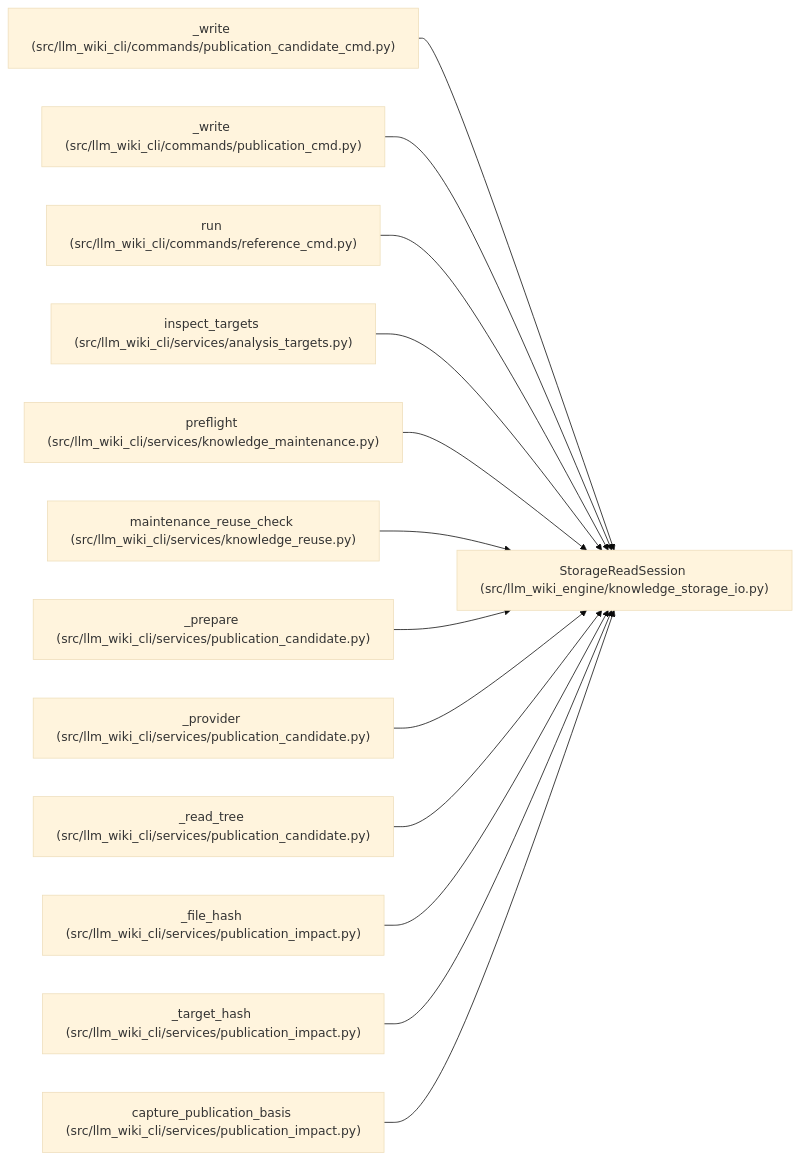
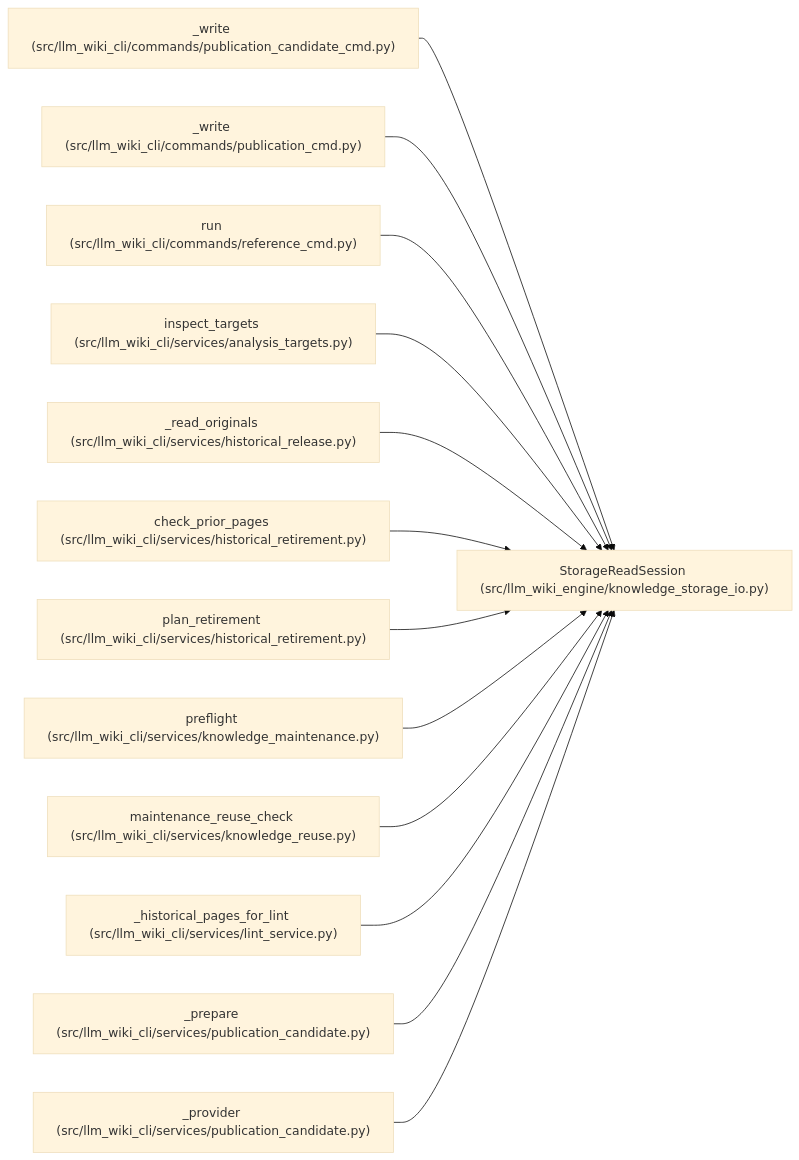
The diagram in docs/llm_wiki/entities/StorageReadSession.md (Denissvgn/python-wiki-llm), drawn with Mermaid (base theme) before and after one commit. The commit also changed other lines of this file and 699 other files, not shown here.

````diff
--- a/docs/llm_wiki/entities/StorageReadSession.md
+++ b/docs/llm_wiki/entities/StorageReadSession.md
@@ -34,41 +34,41 @@
 ```mermaid
 flowchart LR
     n0["StorageReadSession (src/llm_wiki_engine/knowledge_storage_io.py)"]
     n1["_write (src/llm_wiki_cli/commands/publication_candidate_cmd.py)"]
     n2["_write (src/llm_wiki_cli/commands/publication_cmd.py)"]
     n3["run (src/llm_wiki_cli/commands/reference_cmd.py)"]
     n4["inspect_targets (src/llm_wiki_cli/services/analysis_targets.py)"]
-    n5["preflight (src/llm_wiki_cli/services/knowledge_maintenance.py)"]
-    n6["maintenance_reuse_check (src/llm_wiki_cli/services/knowledge_reuse.py)"]
-    n7["_prepare (src/llm_wiki_cli/services/publication_candidate.py)"]
-    n8["_provider (src/llm_wiki_cli/services/publication_candidate.py)"]
-    n9["_read_tree (src/llm_wiki_cli/services/publication_candidate.py)"]
-    n10["_file_hash (src/llm_wiki_cli/services/publication_impact.py)"]
-    n11["_target_hash (src/llm_wiki_cli/services/publication_impact.py)"]
-    n12["capture_publication_basis (src/llm_wiki_cli/services/publication_impact.py)"]
+    n5["_read_originals (src/llm_wiki_cli/services/historical_release.py)"]
+    n6["check_prior_pages (src/llm_wiki_cli/services/historical_retirement.py)"]
+    n7["plan_retirement (src/llm_wiki_cli/services/historical_retirement.py)"]
+    n8["preflight (src/llm_wiki_cli/services/knowledge_maintenance.py)"]
+    n9["maintenance_reuse_check (src/llm_wiki_cli/services/knowledge_reuse.py)"]
+    n10["_historical_pages_for_lint (src/llm_wiki_cli/services/lint_service.py)"]
+    n11["_prepare (src/llm_wiki_cli/services/publication_candidate.py)"]
+    n12["_provider (src/llm_wiki_cli/services/publication_candidate.py)"]
     n1 --> n0
     n2 --> n0
     n3 --> n0
     n4 --> n0
     n5 --> n0
     n6 --> n0
     n7 --> n0
     n8 --> n0
     n9 --> n0
     n10 --> n0
     n11 --> n0
     n12 --> n0
     click n0 "../modules/knowledge_storage_io.md"
     click n1 "../modules/publication_candidate_cmd.md"
     click n2 "../modules/publication_cmd.md"
     click n3 "../modules/reference_cmd.md"
     click n4 "../modules/analysis_targets.md"
-    click n5 "../modules/knowledge_maintenance.md"
-    click n6 "../modules/knowledge_reuse.md"
-    click n7 "../modules/publication_candidate.md"
-    click n8 "../modules/publication_candidate.md"
-    click n9 "../modules/publication_candidate.md"
-    click n10 "../modules/publication_impact.md"
-    click n11 "../modules/publication_impact.md"
-    click n12 "../modules/publication_impact.md"
+    click n5 "../modules/historical_release.md"
+    click n6 "../modules/historical_retirement.md"
+    click n7 "../modules/historical_retirement.md"
+    click n8 "../modules/knowledge_maintenance.md"
+    click n9 "../modules/knowledge_reuse.md"
+    click n10 "../modules/lint_service.md"
+    click n11 "../modules/publication_candidate.md"
+    click n12 "../modules/publication_candidate.md"
 ```
````
